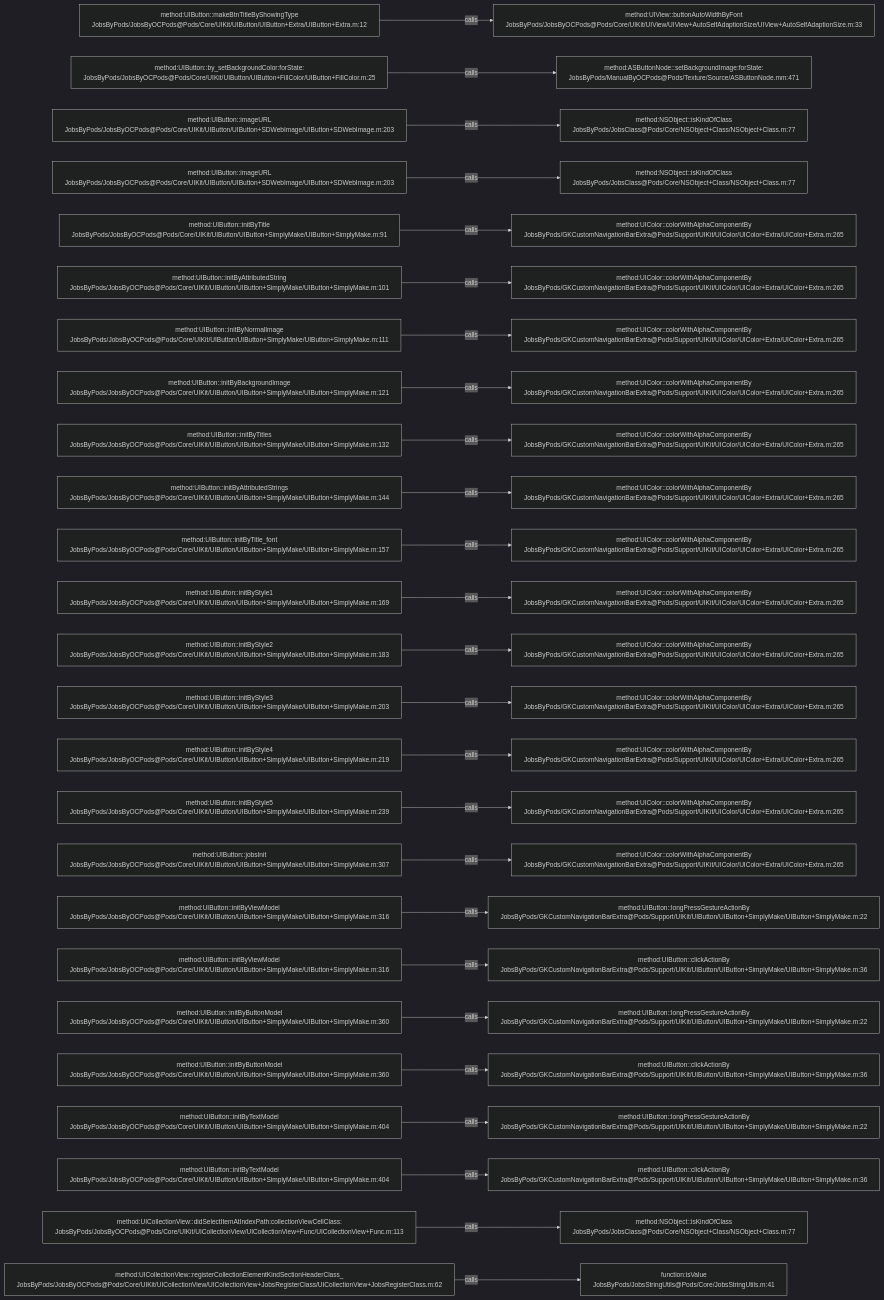
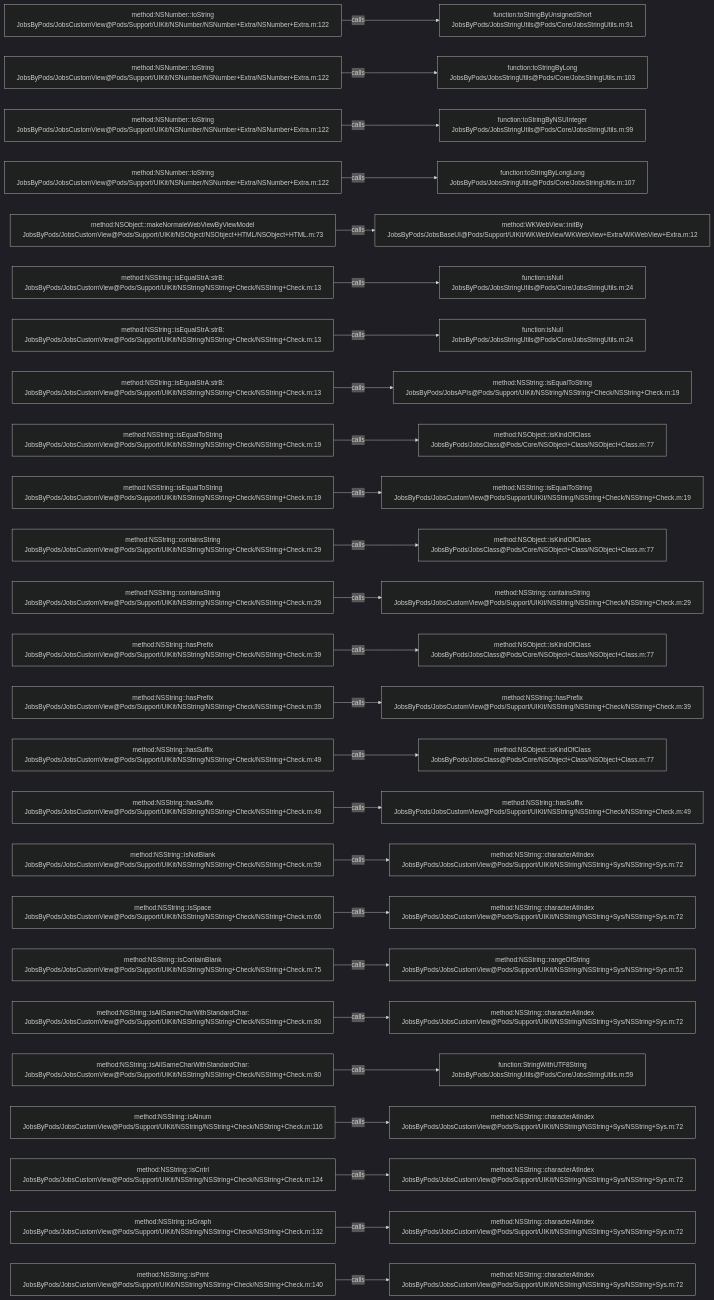
The diagram in .codegraph/codegraph.md/graphs/calls-056.md (JobsKits/JobsOCBaseConfigDemo), drawn with Mermaid (dark theme) before and after one commit. The commit also changed 573 other files, not shown here.

````diff
--- a/.codegraph/codegraph.md/graphs/calls-056.md
+++ b/.codegraph/codegraph.md/graphs/calls-056.md
@@ -13,78 +13,78 @@
 ```mermaid
 flowchart LR
-  S1["method:UIButton::makeBtnTitleByShowingType<br/>JobsByPods/JobsByOCPods@Pods/Core/UIKit/UIButton/UIButton+Extra/UIButton+Extra.m:12"]
-  T1["method:UIView::buttonAutoWidthByFont<br/>JobsByPods/JobsByOCPods@Pods/Core/UIKit/UIView/UIView+AutoSelfAdaptionSize/UIView+AutoSelfAdaptionSize.m:33"]
+  S1["method:NSNumber::toString<br/>JobsByPods/JobsCustomView@Pods/Support/UIKit/NSNumber/NSNumber+Extra/NSNumber+Extra.m:122"]
+  T1["function:toStringByUnsignedShort<br/>JobsByPods/JobsStringUtils@Pods/Core/JobsStringUtils.m:91"]
   S1 -->|calls| T1
-  S2["method:UIButton::by_setBackgroundColor:forState:<br/>JobsByPods/JobsByOCPods@Pods/Core/UIKit/UIButton/UIButton+FillColor/UIButton+FillColor.m:25"]
-  T2["method:ASButtonNode::setBackgroundImage:forState:<br/>JobsByPods/ManualByOCPods@Pods/Texture/Source/ASButtonNode.mm:471"]
+  S2["method:NSNumber::toString<br/>JobsByPods/JobsCustomView@Pods/Support/UIKit/NSNumber/NSNumber+Extra/NSNumber+Extra.m:122"]
+  T2["function:toStringByLong<br/>JobsByPods/JobsStringUtils@Pods/Core/JobsStringUtils.m:103"]
   S2 -->|calls| T2
-  S3["method:UIButton::imageURL<br/>JobsByPods/JobsByOCPods@Pods/Core/UIKit/UIButton/UIButton+SDWebImage/UIButton+SDWebImage.m:203"]
-  T3["method:NSObject::isKindOfClass<br/>JobsByPods/JobsClass@Pods/Core/NSObject+Class/NSObject+Class.m:77"]
+  S3["method:NSNumber::toString<br/>JobsByPods/JobsCustomView@Pods/Support/UIKit/NSNumber/NSNumber+Extra/NSNumber+Extra.m:122"]
+  T3["function:toStringByNSUInteger<br/>JobsByPods/JobsStringUtils@Pods/Core/JobsStringUtils.m:99"]
   S3 -->|calls| T3
-  S4["method:UIButton::imageURL<br/>JobsByPods/JobsByOCPods@Pods/Core/UIKit/UIButton/UIButton+SDWebImage/UIButton+SDWebImage.m:203"]
-  T4["method:NSObject::isKindOfClass<br/>JobsByPods/JobsClass@Pods/Core/NSObject+Class/NSObject+Class.m:77"]
+  S4["method:NSNumber::toString<br/>JobsByPods/JobsCustomView@Pods/Support/UIKit/NSNumber/NSNumber+Extra/NSNumber+Extra.m:122"]
+  T4["function:toStringByLongLong<br/>JobsByPods/JobsStringUtils@Pods/Core/JobsStringUtils.m:107"]
   S4 -->|calls| T4
-  S5["method:UIButton::initByTitle<br/>JobsByPods/JobsByOCPods@Pods/Core/UIKit/UIButton/UIButton+SimplyMake/UIButton+SimplyMake.m:91"]
-  T5["method:UIColor::colorWithAlphaComponentBy<br/>JobsByPods/GKCustomNavigationBarExtra@Pods/Support/UIKit/UIColor/UIColor+Extra/UIColor+Extra.m:265"]
+  S5["method:NSObject::makeNormaleWebViewByViewModel<br/>JobsByPods/JobsCustomView@Pods/Support/UIKit/NSObject/NSObject+HTML/NSObject+HTML.m:73"]
+  T5["method:WKWebView::initBy<br/>JobsByPods/JobsBaseUI@Pods/Support/UIKit/WKWebView/WKWebView+Extra/WKWebView+Extra.m:12"]
   S5 -->|calls| T5
-  S6["method:UIButton::initByAttributedString<br/>JobsByPods/JobsByOCPods@Pods/Core/UIKit/UIButton/UIButton+SimplyMake/UIButton+SimplyMake.m:101"]
-  T6["method:UIColor::colorWithAlphaComponentBy<br/>JobsByPods/GKCustomNavigationBarExtra@Pods/Support/UIKit/UIColor/UIColor+Extra/UIColor+Extra.m:265"]
+  S6["method:NSString::isEqualStrA:strB:<br/>JobsByPods/JobsCustomView@Pods/Support/UIKit/NSString/NSString+Check/NSString+Check.m:13"]
+  T6["function:isNull<br/>JobsByPods/JobsStringUtils@Pods/Core/JobsStringUtils.m:24"]
   S6 -->|calls| T6
-  S7["method:UIButton::initByNormalImage<br/>JobsByPods/JobsByOCPods@Pods/Core/UIKit/UIButton/UIButton+SimplyMake/UIButton+SimplyMake.m:111"]
-  T7["method:UIColor::colorWithAlphaComponentBy<br/>JobsByPods/GKCustomNavigationBarExtra@Pods/Support/UIKit/UIColor/UIColor+Extra/UIColor+Extra.m:265"]
+  S7["method:NSString::isEqualStrA:strB:<br/>JobsByPods/JobsCustomView@Pods/Support/UIKit/NSString/NSString+Check/NSString+Check.m:13"]
+  T7["function:isNull<br/>JobsByPods/JobsStringUtils@Pods/Core/JobsStringUtils.m:24"]
   S7 -->|calls| T7
-  S8["method:UIButton::initByBackgroundImage<br/>JobsByPods/JobsByOCPods@Pods/Core/UIKit/UIButton/UIButton+SimplyMake/UIButton+SimplyMake.m:121"]
-  T8["method:UIColor::colorWithAlphaComponentBy<br/>JobsByPods/GKCustomNavigationBarExtra@Pods/Support/UIKit/UIColor/UIColor+Extra/UIColor+Extra.m:265"]
+  S8["method:NSString::isEqualStrA:strB:<br/>JobsByPods/JobsCustomView@Pods/Support/UIKit/NSString/NSString+Check/NSString+Check.m:13"]
+  T8["method:NSString::isEqualToString<br/>JobsByPods/JobsAPIs@Pods/Support/UIKit/NSString/NSString+Check/NSString+Check.m:19"]
   S8 -->|calls| T8
-  S9["method:UIButton::initByTitles<br/>JobsByPods/JobsByOCPods@Pods/Core/UIKit/UIButton/UIButton+SimplyMake/UIButton+SimplyMake.m:132"]
-  T9["method:UIColor::colorWithAlphaComponentBy<br/>JobsByPods/GKCustomNavigationBarExtra@Pods/Support/UIKit/UIColor/UIColor+Extra/UIColor+Extra.m:265"]
+  S9["method:NSString::isEqualToString<br/>JobsByPods/JobsCustomView@Pods/Support/UIKit/NSString/NSString+Check/NSString+Check.m:19"]
+  T9["method:NSObject::isKindOfClass<br/>JobsByPods/JobsClass@Pods/Core/NSObject+Class/NSObject+Class.m:77"]
   S9 -->|calls| T9
-  S10["method:UIButton::initByAttributedStrings<br/>JobsByPods/JobsByOCPods@Pods/Core/UIKit/UIButton/UIButton+SimplyMake/UIButton+SimplyMake.m:144"]
-  T10["method:UIColor::colorWithAlphaComponentBy<br/>JobsByPods/GKCustomNavigationBarExtra@Pods/Support/UIKit/UIColor/UIColor+Extra/UIColor+Extra.m:265"]
+  S10["method:NSString::isEqualToString<br/>JobsByPods/JobsCustomView@Pods/Support/UIKit/NSString/NSString+Check/NSString+Check.m:19"]
+  T10["method:NSString::isEqualToString<br/>JobsByPods/JobsCustomView@Pods/Support/UIKit/NSString/NSString+Check/NSString+Check.m:19"]
   S10 -->|calls| T10
-  S11["method:UIButton::initByTitle_font<br/>JobsByPods/JobsByOCPods@Pods/Core/UIKit/UIButton/UIButton+SimplyMake/UIButton+SimplyMake.m:157"]
-  T11["method:UIColor::colorWithAlphaComponentBy<br/>JobsByPods/GKCustomNavigationBarExtra@Pods/Support/UIKit/UIColor/UIColor+Extra/UIColor+Extra.m:265"]
+  S11["method:NSString::containsString<br/>JobsByPods/JobsCustomView@Pods/Support/UIKit/NSString/NSString+Check/NSString+Check.m:29"]
+  T11["method:NSObject::isKindOfClass<br/>JobsByPods/JobsClass@Pods/Core/NSObject+Class/NSObject+Class.m:77"]
   S11 -->|calls| T11
-  S12["method:UIButton::initByStyle1<br/>JobsByPods/JobsByOCPods@Pods/Core/UIKit/UIButton/UIButton+SimplyMake/UIButton+SimplyMake.m:169"]
-  T12["method:UIColor::colorWithAlphaComponentBy<br/>JobsByPods/GKCustomNavigationBarExtra@Pods/Support/UIKit/UIColor/UIColor+Extra/UIColor+Extra.m:265"]
+  S12["method:NSString::containsString<br/>JobsByPods/JobsCustomView@Pods/Support/UIKit/NSString/NSString+Check/NSString+Check.m:29"]
+  T12["method:NSString::containsString<br/>JobsByPods/JobsCustomView@Pods/Support/UIKit/NSString/NSString+Check/NSString+Check.m:29"]
   S12 -->|calls| T12
-  S13["method:UIButton::initByStyle2<br/>JobsByPods/JobsByOCPods@Pods/Core/UIKit/UIButton/UIButton+SimplyMake/UIButton+SimplyMake.m:183"]
-  T13["method:UIColor::colorWithAlphaComponentBy<br/>JobsByPods/GKCustomNavigationBarExtra@Pods/Support/UIKit/UIColor/UIColor+Extra/UIColor+Extra.m:265"]
+  S13["method:NSString::hasPrefix<br/>JobsByPods/JobsCustomView@Pods/Support/UIKit/NSString/NSString+Check/NSString+Check.m:39"]
+  T13["method:NSObject::isKindOfClass<br/>JobsByPods/JobsClass@Pods/Core/NSObject+Class/NSObject+Class.m:77"]
   S13 -->|calls| T13
-  S14["method:UIButton::initByStyle3<br/>JobsByPods/JobsByOCPods@Pods/Core/UIKit/UIButton/UIButton+SimplyMake/UIButton+SimplyMake.m:203"]
-  T14["method:UIColor::colorWithAlphaComponentBy<br/>JobsByPods/GKCustomNavigationBarExtra@Pods/Support/UIKit/UIColor/UIColor+Extra/UIColor+Extra.m:265"]
+  S14["method:NSString::hasPrefix<br/>JobsByPods/JobsCustomView@Pods/Support/UIKit/NSString/NSString+Check/NSString+Check.m:39"]
+  T14["method:NSString::hasPrefix<br/>JobsByPods/JobsCustomView@Pods/Support/UIKit/NSString/NSString+Check/NSString+Check.m:39"]
   S14 -->|calls| T14
-  S15["method:UIButton::initByStyle4<br/>JobsByPods/JobsByOCPods@Pods/Core/UIKit/UIButton/UIButton+SimplyMake/UIButton+SimplyMake.m:219"]
-  T15["method:UIColor::colorWithAlphaComponentBy<br/>JobsByPods/GKCustomNavigationBarExtra@Pods/Support/UIKit/UIColor/UIColor+Extra/UIColor+Extra.m:265"]
+  S15["method:NSString::hasSuffix<br/>JobsByPods/JobsCustomView@Pods/Support/UIKit/NSString/NSString+Check/NSString+Check.m:49"]
+  T15["method:NSObject::isKindOfClass<br/>JobsByPods/JobsClass@Pods/Core/NSObject+Class/NSObject+Class.m:77"]
   S15 -->|calls| T15
-  S16["method:UIButton::initByStyle5<br/>JobsByPods/JobsByOCPods@Pods/Core/UIKit/UIButton/UIButton+SimplyMake/UIButton+SimplyMake.m:239"]
-  T16["method:UIColor::colorWithAlphaComponentBy<br/>JobsByPods/GKCustomNavigationBarExtra@Pods/Support/UIKit/UIColor/UIColor+Extra/UIColor+Extra.m:265"]
+  S16["method:NSString::hasSuffix<br/>JobsByPods/JobsCustomView@Pods/Support/UIKit/NSString/NSString+Check/NSString+Check.m:49"]
+  T16["method:NSString::hasSuffix<br/>JobsByPods/JobsCustomView@Pods/Support/UIKit/NSString/NSString+Check/NSString+Check.m:49"]
   S16 -->|calls| T16
-  S17["method:UIButton::jobsInit<br/>JobsByPods/JobsByOCPods@Pods/Core/UIKit/UIButton/UIButton+SimplyMake/UIButton+SimplyMake.m:307"]
-  T17["method:UIColor::colorWithAlphaComponentBy<br/>JobsByPods/GKCustomNavigationBarExtra@Pods/Support/UIKit/UIColor/UIColor+Extra/UIColor+Extra.m:265"]
+  S17["method:NSString::isNotBlank<br/>JobsByPods/JobsCustomView@Pods/Support/UIKit/NSString/NSString+Check/NSString+Check.m:59"]
+  T17["method:NSString::characterAtIndex<br/>JobsByPods/JobsCustomView@Pods/Support/UIKit/NSString/NSString+Sys/NSString+Sys.m:72"]
   S17 -->|calls| T17
-  S18["method:UIButton::initByViewModel<br/>JobsByPods/JobsByOCPods@Pods/Core/UIKit/UIButton/UIButton+SimplyMake/UIButton+SimplyMake.m:316"]
-  T18["method:UIButton::longPressGestureActionBy<br/>JobsByPods/GKCustomNavigationBarExtra@Pods/Support/UIKit/UIButton/UIButton+SimplyMake/UIButton+SimplyMake.m:22"]
+  S18["method:NSString::isSpace<br/>JobsByPods/JobsCustomView@Pods/Support/UIKit/NSString/NSString+Check/NSString+Check.m:66"]
+  T18["method:NSString::characterAtIndex<br/>JobsByPods/JobsCustomView@Pods/Support/UIKit/NSString/NSString+Sys/NSString+Sys.m:72"]
   S18 -->|calls| T18
-  S19["method:UIButton::initByViewModel<br/>JobsByPods/JobsByOCPods@Pods/Core/UIKit/UIButton/UIButton+SimplyMake/UIButton+SimplyMake.m:316"]
-  T19["method:UIButton::clickActionBy<br/>JobsByPods/GKCustomNavigationBarExtra@Pods/Support/UIKit/UIButton/UIButton+SimplyMake/UIButton+SimplyMake.m:36"]
+  S19["method:NSString::isContainBlank<br/>JobsByPods/JobsCustomView@Pods/Support/UIKit/NSString/NSString+Check/NSString+Check.m:75"]
+  T19["method:NSString::rangeOfString<br/>JobsByPods/JobsCustomView@Pods/Support/UIKit/NSString/NSString+Sys/NSString+Sys.m:52"]
   S19 -->|calls| T19
-  S20["method:UIButton::initByButtonModel<br/>JobsByPods/JobsByOCPods@Pods/Core/UIKit/UIButton/UIButton+SimplyMake/UIButton+SimplyMake.m:360"]
-  T20["method:UIButton::longPressGestureActionBy<br/>JobsByPods/GKCustomNavigationBarExtra@Pods/Support/UIKit/UIButton/UIButton+SimplyMake/UIButton+SimplyMake.m:22"]
+  S20["method:NSString::isAllSameCharWithStandardChar:<br/>JobsByPods/JobsCustomView@Pods/Support/UIKit/NSString/NSString+Check/NSString+Check.m:80"]
+  T20["method:NSString::characterAtIndex<br/>JobsByPods/JobsCustomView@Pods/Support/UIKit/NSString/NSString+Sys/NSString+Sys.m:72"]
   S20 -->|calls| T20
-  S21["method:UIButton::initByButtonModel<br/>JobsByPods/JobsByOCPods@Pods/Core/UIKit/UIButton/UIButton+SimplyMake/UIButton+SimplyMake.m:360"]
-  T21["method:UIButton::clickActionBy<br/>JobsByPods/GKCustomNavigationBarExtra@Pods/Support/UIKit/UIButton/UIButton+SimplyMake/UIButton+SimplyMake.m:36"]
+  S21["method:NSString::isAllSameCharWithStandardChar:<br/>JobsByPods/JobsCustomView@Pods/Support/UIKit/NSString/NSString+Check/NSString+Check.m:80"]
+  T21["function:StringWithUTF8String<br/>JobsByPods/JobsStringUtils@Pods/Core/JobsStringUtils.m:59"]
   S21 -->|calls| T21
-  S22["method:UIButton::initByTextModel<br/>JobsByPods/JobsByOCPods@Pods/Core/UIKit/UIButton/UIButton+SimplyMake/UIButton+SimplyMake.m:404"]
-  T22["method:UIButton::longPressGestureActionBy<br/>JobsByPods/GKCustomNavigationBarExtra@Pods/Support/UIKit/UIButton/UIButton+SimplyMake/UIButton+SimplyMake.m:22"]
+  S22["method:NSString::isAlnum<br/>JobsByPods/JobsCustomView@Pods/Support/UIKit/NSString/NSString+Check/NSString+Check.m:116"]
+  T22["method:NSString::characterAtIndex<br/>JobsByPods/JobsCustomView@Pods/Support/UIKit/NSString/NSString+Sys/NSString+Sys.m:72"]
   S22 -->|calls| T22
-  S23["method:UIButton::initByTextModel<br/>JobsByPods/JobsByOCPods@Pods/Core/UIKit/UIButton/UIButton+SimplyMake/UIButton+SimplyMake.m:404"]
-  T23["method:UIButton::clickActionBy<br/>JobsByPods/GKCustomNavigationBarExtra@Pods/Support/UIKit/UIButton/UIButton+SimplyMake/UIButton+SimplyMake.m:36"]
+  S23["method:NSString::isCntrl<br/>JobsByPods/JobsCustomView@Pods/Support/UIKit/NSString/NSString+Check/NSString+Check.m:124"]
+  T23["method:NSString::characterAtIndex<br/>JobsByPods/JobsCustomView@Pods/Support/UIKit/NSString/NSString+Sys/NSString+Sys.m:72"]
   S23 -->|calls| T23
-  S24["method:UICollectionView::didSelectItemAtIndexPath:collectionViewCellClass:<br/>JobsByPods/JobsByOCPods@Pods/Core/UIKit/UICollectionView/UICollectionView+Func/UICollectionView+Func.m:113"]
-  T24["method:NSObject::isKindOfClass<br/>JobsByPods/JobsClass@Pods/Core/NSObject+Class/NSObject+Class.m:77"]
+  S24["method:NSString::isGraph<br/>JobsByPods/JobsCustomView@Pods/Support/UIKit/NSString/NSString+Check/NSString+Check.m:132"]
+  T24["method:NSString::characterAtIndex<br/>JobsByPods/JobsCustomView@Pods/Support/UIKit/NSString/NSString+Sys/NSString+Sys.m:72"]
   S24 -->|calls| T24
-  S25["method:UICollectionView::registerCollectionElementKindSectionHeaderClass_<br/>JobsByPods/JobsByOCPods@Pods/Core/UIKit/UICollectionView/UICollectionView+JobsRegisterClass/UICollectionView+JobsRegisterClass.m:62"]
-  T25["function:isValue<br/>JobsByPods/JobsStringUtils@Pods/Core/JobsStringUtils.m:41"]
+  S25["method:NSString::isPrint<br/>JobsByPods/JobsCustomView@Pods/Support/UIKit/NSString/NSString+Check/NSString+Check.m:140"]
+  T25["method:NSString::characterAtIndex<br/>JobsByPods/JobsCustomView@Pods/Support/UIKit/NSString/NSString+Sys/NSString+Sys.m:72"]
   S25 -->|calls| T25
 ```
````
